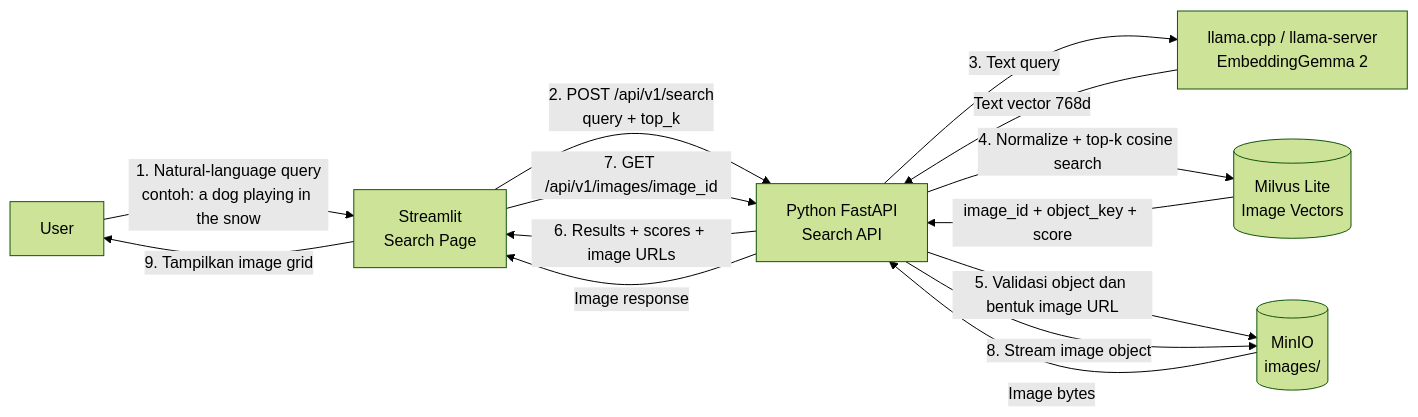
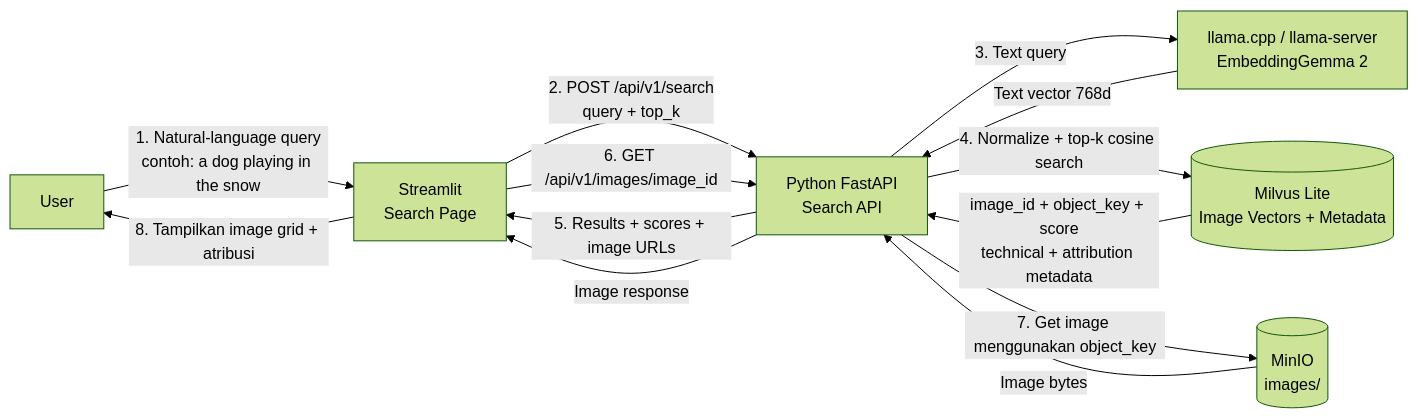
Before and after one commit to mwahid60/image-search: the second of 2 diagrams in docs/rencana-implementasi.md, drawn with Mermaid (forest theme). The commit also changed other lines of this file and 1 other file, not shown here.

````diff
--- a/docs/rencana-implementasi.md
+++ b/docs/rencana-implementasi.md
@@ -155,23 +154,22 @@
 ```mermaid
 flowchart LR
     U["User"]
     ST["Streamlit<br/>Search Page"]
     PY["Python FastAPI<br/>Search API"]
     MODEL["llama.cpp / llama-server<br/>EmbeddingGemma 2"]
-    MILVUS[("Milvus Lite<br/>Image Vectors")]
+    MILVUS[("Milvus Lite<br/>Image Vectors + Metadata")]
     MINIO[("MinIO<br/>images/")]
 
     U -- "1. Natural-language query<br/>contoh: a dog playing in the snow" --> ST
     ST -- "2. POST /api/v1/search<br/>query + top_k" --> PY
     PY -- "3. Text query" --> MODEL
     MODEL -- "Text vector 768d" --> PY
     PY -- "4. Normalize + top-k cosine search" --> MILVUS
-    MILVUS -- "image_id + object_key + score" --> PY
-    PY -- "5. Validasi object dan bentuk image URL" --> MINIO
-    PY -- "6. Results + scores + image URLs" --> ST
-    ST -- "7. GET /api/v1/images/image_id" --> PY
-    PY -- "8. Stream image object" --> MINIO
+    MILVUS -- "image_id + object_key + score<br/>technical + attribution metadata" --> PY
+    PY -- "5. Results + scores + image URLs" --> ST
+    ST -- "6. GET /api/v1/images/image_id" --> PY
+    PY -- "7. Get image menggunakan object_key" --> MINIO
     MINIO -- "Image bytes" --> PY
     PY -- "Image response" --> ST
-    ST -- "9. Tampilkan image grid" --> U
+    ST -- "8. Tampilkan image grid + atribusi" --> U
 ```
````
